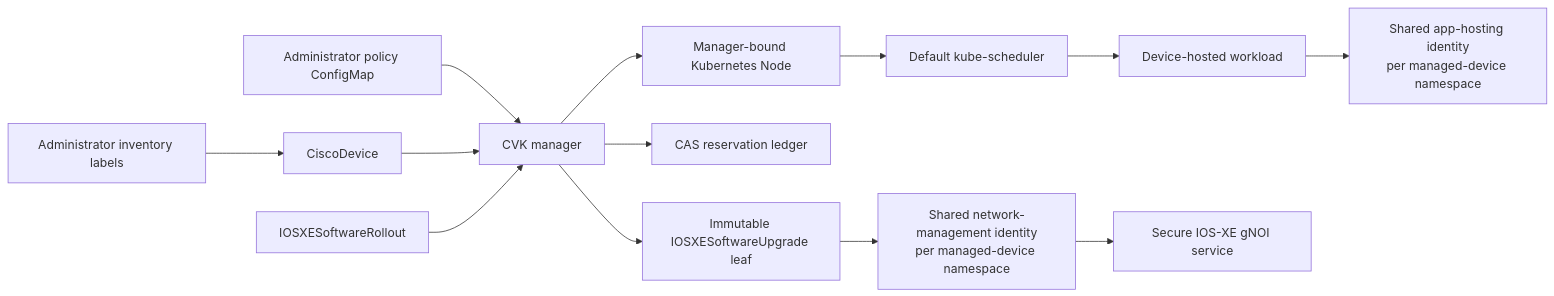
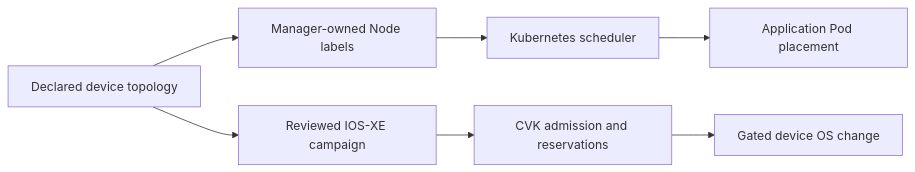
Before and after one commit to cisco-open/cisco-virtual-kubelet: the diagram in docs/topology-awareness.md, drawn with Mermaid. The commit also changed other lines of this file and 59 other files, not shown here.

````diff
--- a/docs/topology-awareness.md
+++ b/docs/topology-awareness.md
@@ -49,21 +10,14 @@
 ```mermaid
 ---
 config:
   layout: dagre
-  theme: default
   look: classic
 ---
 flowchart LR
-    I[Administrator inventory labels] --> D[CiscoDevice]
-    P[Administrator policy ConfigMap] --> M[CVK manager]
-    D --> M
-    M --> N[Manager-bound Kubernetes Node]
-    N --> S[Default kube-scheduler]
-    S --> W[Device-hosted workload]
-    W --> A[Shared app-hosting identity<br/>per managed-device namespace]
-    R[IOSXESoftwareRollout] --> M
-    M --> L[CAS reservation ledger]
-    M --> U[Immutable IOSXESoftwareUpgrade leaf]
-    U --> K[Shared network-management identity<br/>per managed-device namespace]
-    K --> G[Secure IOS-XE gNOI service]
+    I["Declared device topology"] --> N["Manager-owned Node labels"]
+    N --> S["Kubernetes scheduler"]
+    S --> P["Application Pod placement"]
+    I --> R["Reviewed IOS-XE campaign"]
+    R --> A["CVK admission and reservations"]
+    A --> O["Gated device OS change"]
 ```
````
